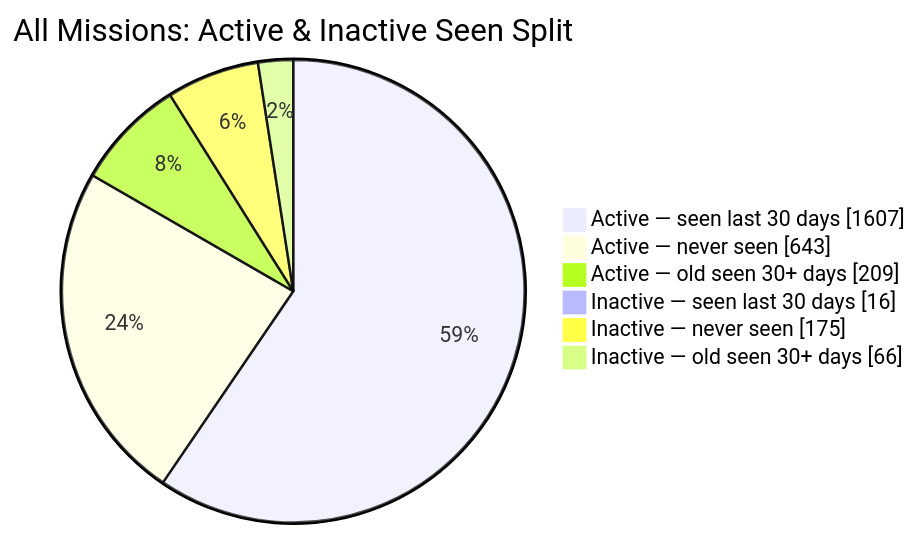
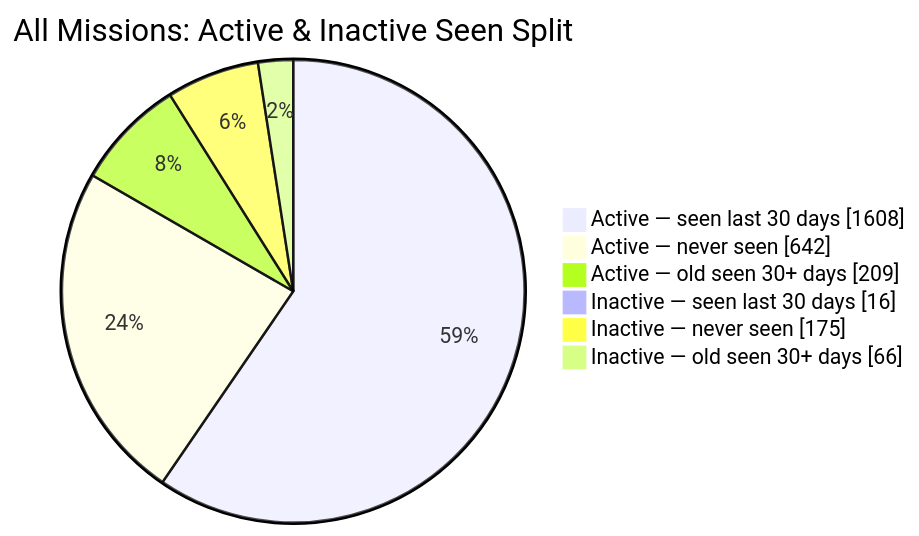
Before and after one commit to MeldkamerspelGameTeam/active-missions: the second of 2 diagrams in README.md, drawn with Mermaid. The commit also changed other lines of this file and 2 other files, not shown here.

````diff
--- a/README.md
+++ b/README.md
@@ -44,10 +44,10 @@
 ```mermaid
 pie showData
     title All Missions: Active & Inactive Seen Split
-    "Active — seen last 30 days" : 1607
-    "Active — never seen" : 643
+    "Active — seen last 30 days" : 1608
+    "Active — never seen" : 642
     "Active — old seen 30+ days" : 209
     "Inactive — seen last 30 days" : 16
     "Inactive — never seen" : 175
     "Inactive — old seen 30+ days" : 66
 ```
````
